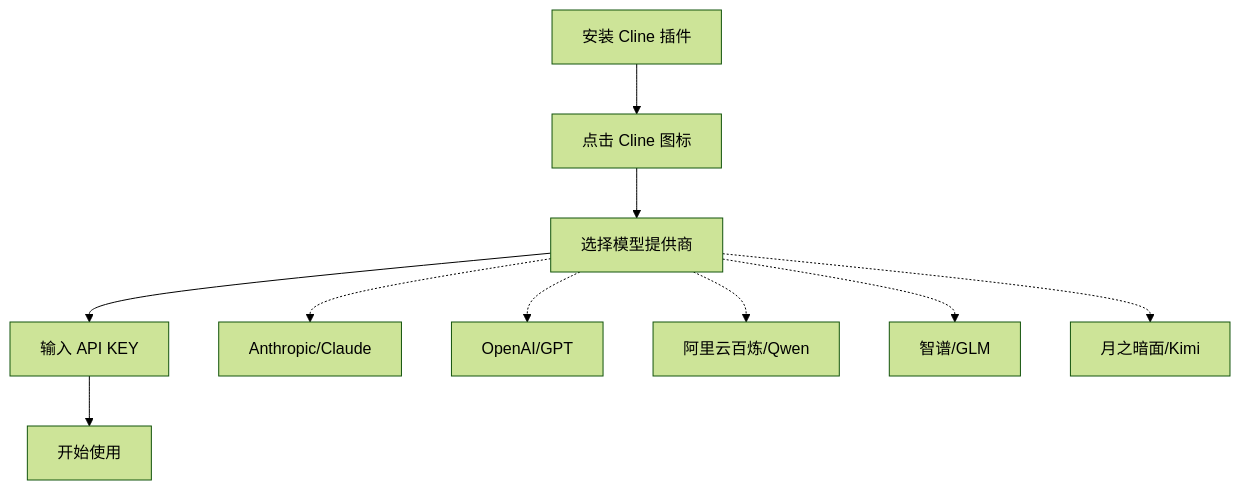
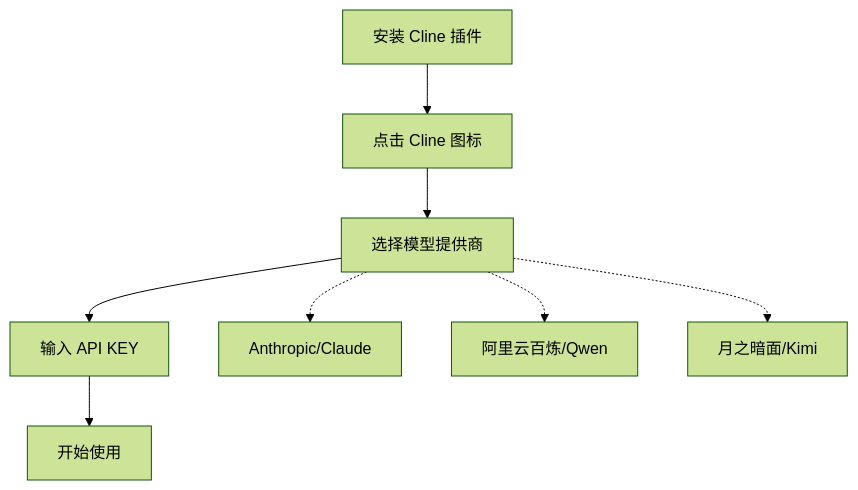
The third of 5 diagrams in slides/lecture3-literate-programming.qmd (D2RS-2026spring/data-driven-reproducible-study), drawn with Mermaid (forest theme) before and after one commit. The commit also changed other lines of this file and 1 other file, not shown here.

````diff
--- a/slides/lecture3-literate-programming.qmd
+++ b/slides/lecture3-literate-programming.qmd
@@ -578,13 +577,11 @@
 ```{mermaid}
 flowchart TD
     A[安装 Cline 插件] --> B[点击 Cline 图标]
     B --> C[选择模型提供商]
     C --> D[输入 API KEY]
     D --> E[开始使用]
 
     C -.-> C1[Anthropic/Claude]
-    C -.-> C2[OpenAI/GPT]
     C -.-> C3[阿里云百炼/Qwen]
-    C -.-> C4[智谱/GLM]
     C -.-> C5[月之暗面/Kimi]
 ```
````
